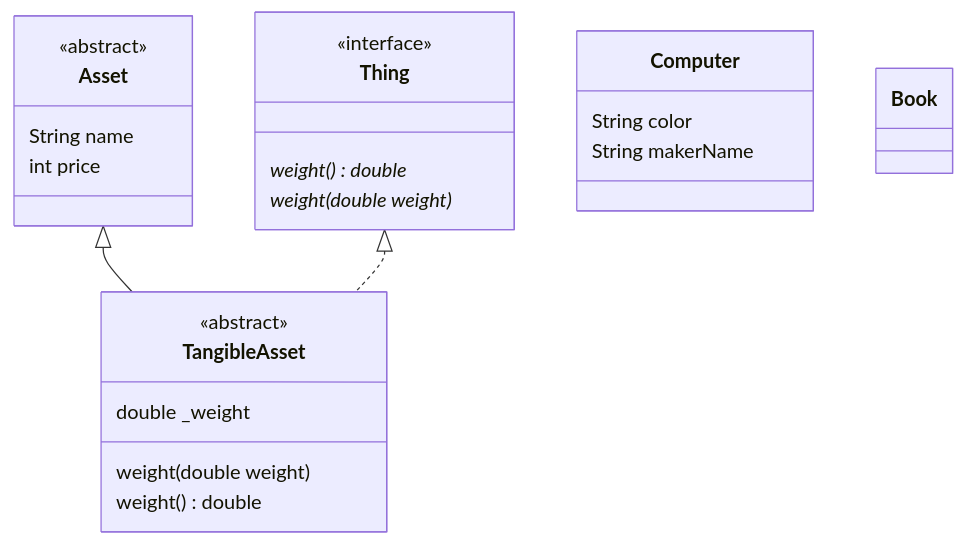
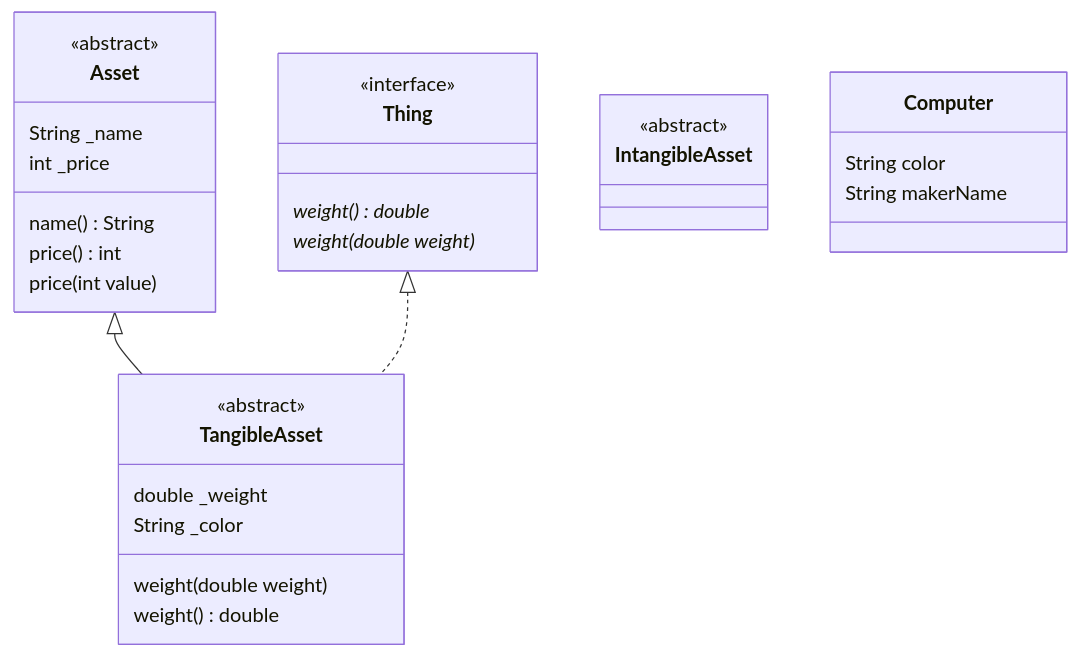
One commit to choiexe1/local changed the diagram in Daily/2025-03-19.md. Above: the diagram before and after it, drawn with Mermaid.

Commit message:
vault backup: 2025-03-19 12:58:12

````diff
--- a/Daily/2025-03-19.md
+++ b/Daily/2025-03-19.md
@@ -39,36 +39,40 @@
 ```mermaid
 classDiagram
 
 class Asset {
 	 <<abstract>>
-	String name
-	int price
+	String _name
+	int _price
+
+	name() String
+	price() int
+	price(int value)
 }
 
 class Thing {
 	<<interface>>
 	weight()* double
 	weight(double weight)*
 }
 
 class TangibleAsset {
 	 <<abstract>>
 	double _weight
+	String _color
 	weight(double weight)
 	weight() double
+}
+
+class IntangibleAsset {
+	<<abstract>>
 }
 
 class Computer {
 	String color
 	String makerName
 }
 
-class Book {
-
-}
-
-
 Asset <|-- TangibleAsset
 Thing <|.. TangibleAsset
 
 ```
````
